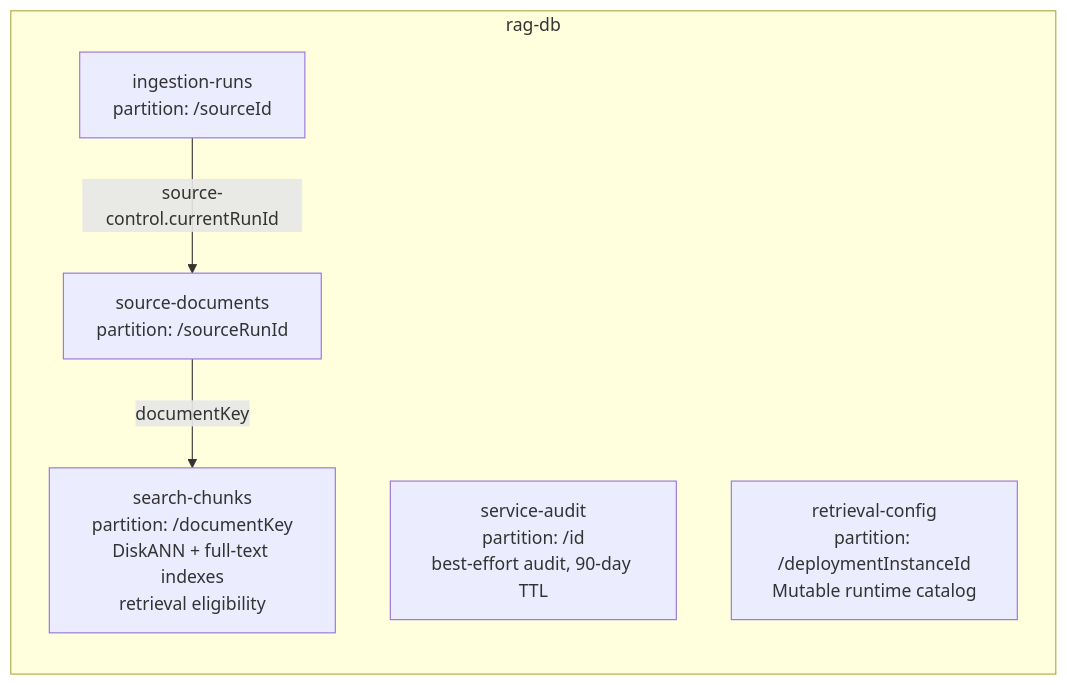
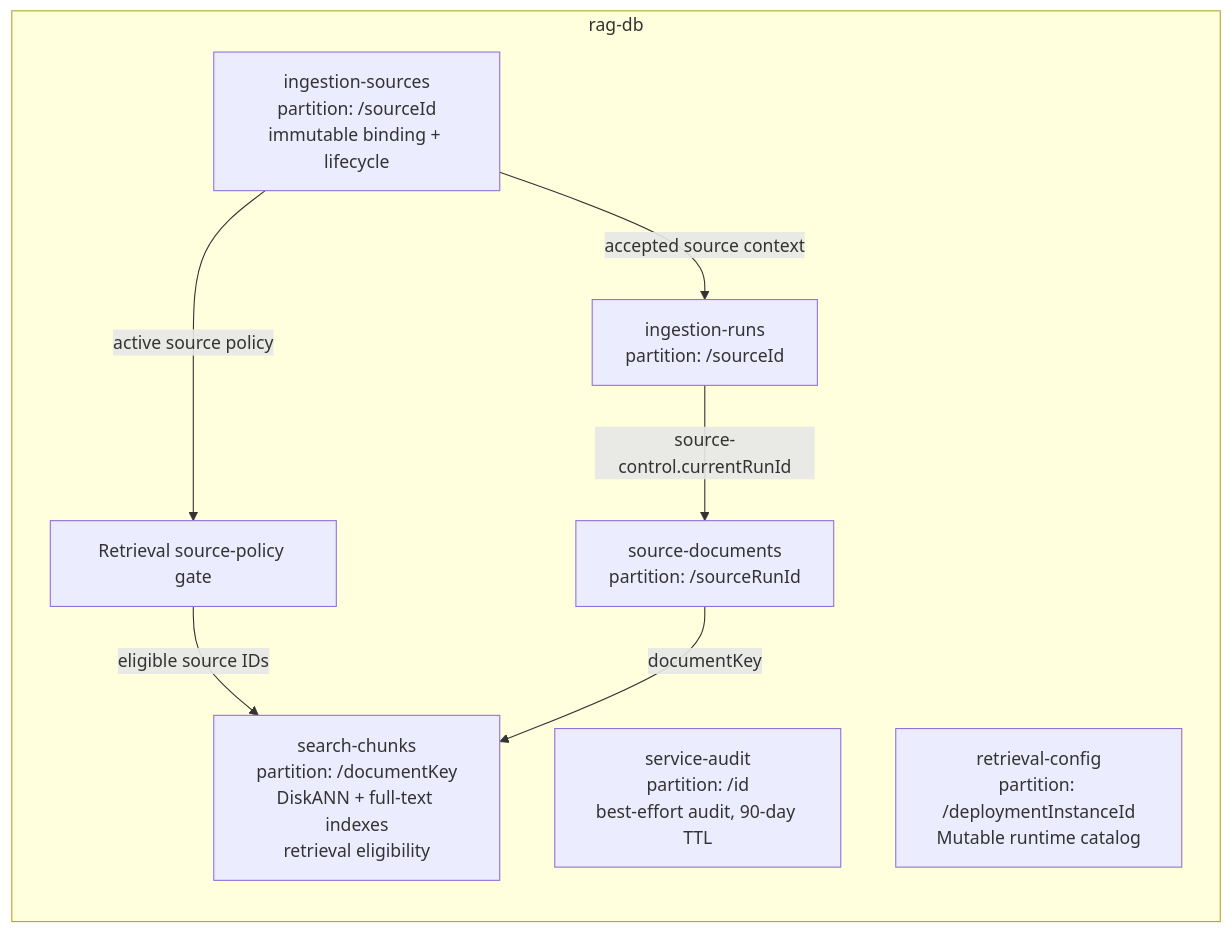
Before and after one commit to HariVamsiChittari1/enterprise-rag-pipeline: the ninth of 14 diagrams in docs/ARCHITECTURE.md, drawn with Mermaid. The commit also changed other lines of this file and 7 other files, not shown here.

````diff
--- a/docs/ARCHITECTURE.md
+++ b/docs/ARCHITECTURE.md
@@ -401,12 +500,17 @@
 ```mermaid
 flowchart LR
     subgraph rag-db
+        C0[ingestion-sources<br/>partition: /sourceId<br/>immutable binding + lifecycle]
         C1[ingestion-runs<br/>partition: /sourceId]
         C2[source-documents<br/>partition: /sourceRunId]
         C3[search-chunks<br/>partition: /documentKey<br/>DiskANN + full-text indexes<br/>retrieval eligibility]
         C4[service-audit<br/>partition: /id<br/>best-effort audit, 90-day TTL]
         C5[retrieval-config<br/>partition: /deploymentInstanceId<br/>Mutable runtime catalog]
+        R[Retrieval source-policy gate]
     end
+    C0 -->|accepted source context| C1
+    C0 -->|active source policy| R
+    R -->|eligible source IDs| C3
     C1 -->|source-control.currentRunId| C2
     C2 -->|documentKey| C3
 ```
````
